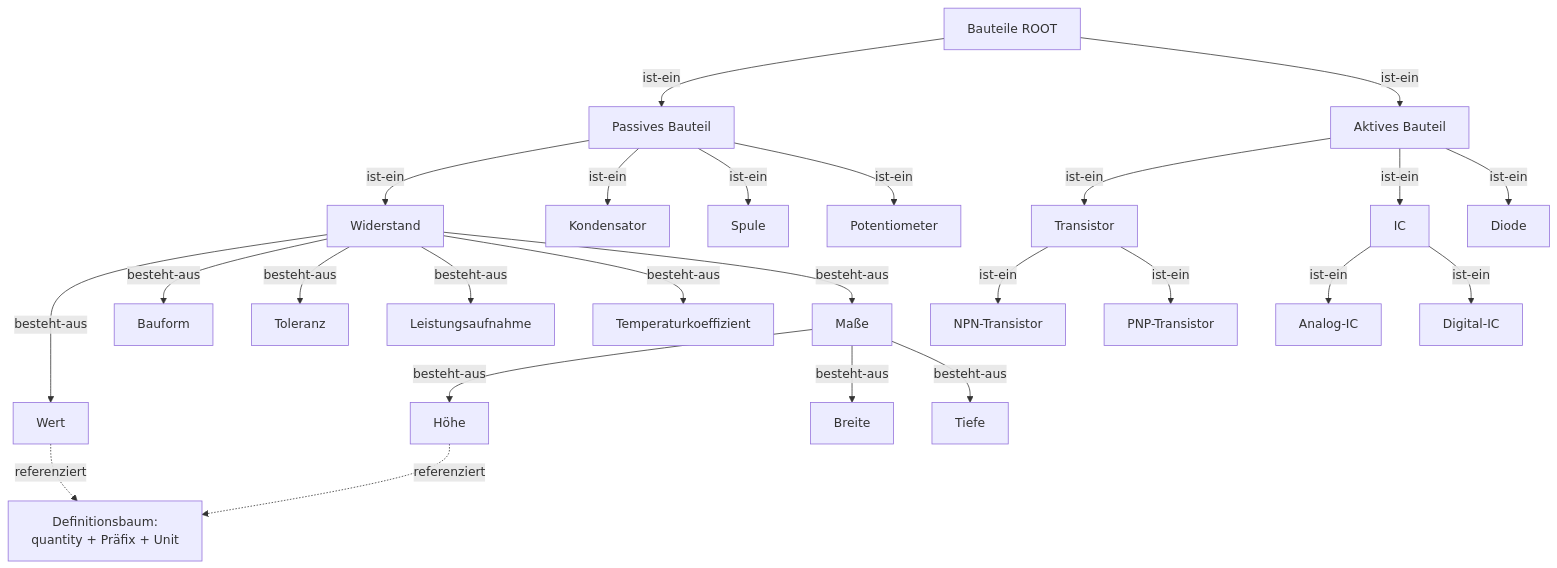
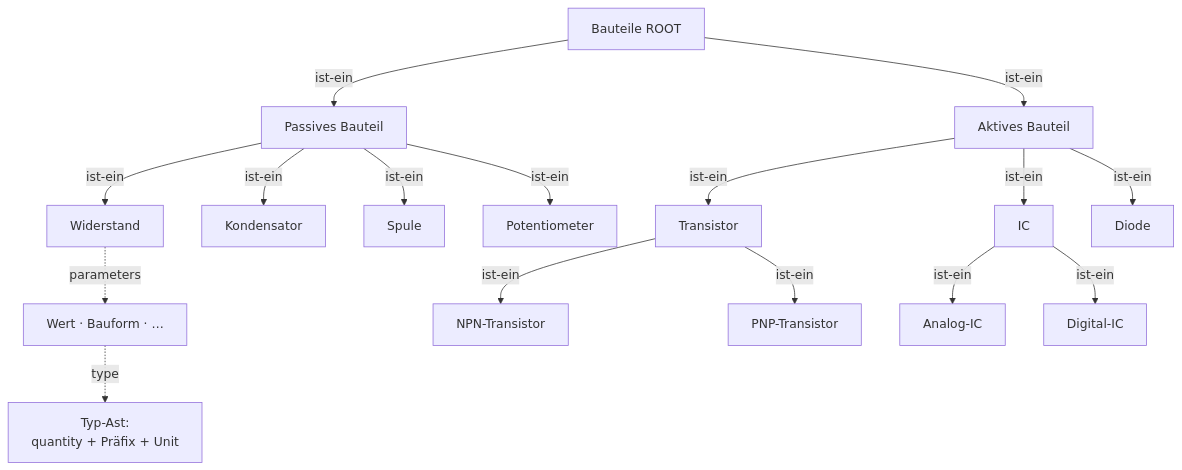
The seventh of 8 diagrams in docs/plans/data-structure.md (sfambach/wp-taxonomy-modeler), drawn with Mermaid before and after one commit. The commit also changed other lines of this file and 9 other files, not shown here.

````diff
--- a/docs/plans/data-structure.md
+++ b/docs/plans/data-structure.md
@@ -1797,34 +1729,24 @@
 ```mermaid
 flowchart TB
   R["Bauteile ROOT"]
 
   R -->|ist-ein| Pas["Passives Bauteil"]
   R -->|ist-ein| Akt["Aktives Bauteil"]
 
   Pas -->|ist-ein| W["Widerstand"]
   Pas -->|ist-ein| C["Kondensator"]
   Pas -->|ist-ein| L["Spule"]
   Pas -->|ist-ein| Pot["Potentiometer"]
 
   Akt -->|ist-ein| Tr["Transistor"]
   Akt -->|ist-ein| IC["IC"]
   Akt -->|ist-ein| Di["Diode"]
 
   Tr -->|ist-ein| NPN["NPN-Transistor"]
   Tr -->|ist-ein| PNP["PNP-Transistor"]
   IC -->|ist-ein| Ana["Analog-IC"]
   IC -->|ist-ein| Dig["Digital-IC"]
 
-  W -->|besteht-aus| Wert["Wert"]
-  W -->|besteht-aus| Bau["Bauform"]
-  W -->|besteht-aus| Tol["Toleranz"]
-  W -->|besteht-aus| Pwr["Leistungsaufnahme"]
-  W -->|besteht-aus| Tk["Temperaturkoeffizient"]
-  W -->|besteht-aus| M["Maße"]
-  M -->|besteht-aus| H["Höhe"]
-  M -->|besteht-aus| B["Breite"]
-  M -->|besteht-aus| T["Tiefe"]
-
-  Wert -.->|referenziert| Def["Definitionsbaum:\nquantity + Präfix + Unit"]
-  H -.->|referenziert| Def
+  W -.->|parameters| PW["Wert · Bauform · …"]
+  PW -.->|type| Def["Typ-Ast:\nquantity + Präfix + Unit"]
 ```
````
